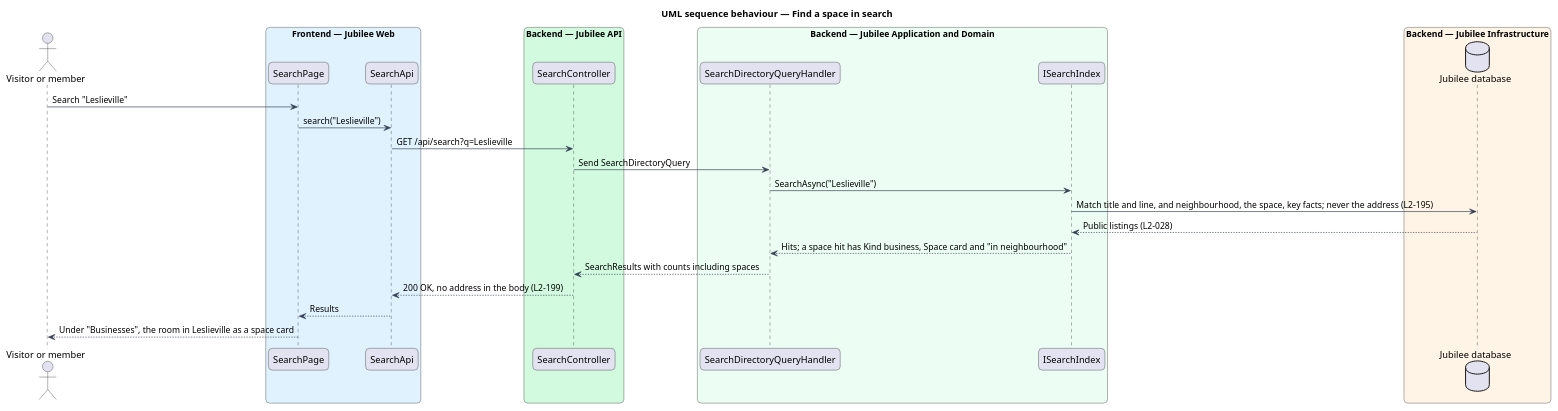
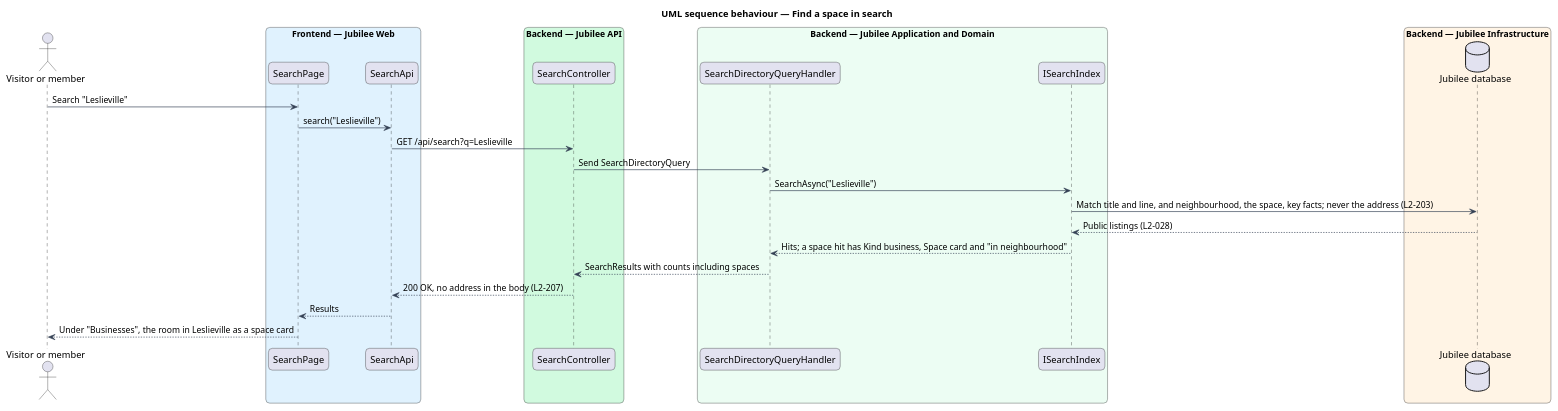
Before and after one commit to QuinntyneBrown/jubilee: the diagram in docs/detailed-designs/directory/browse-spaces/diagrams/sequence-search-space.puml, drawn with PlantUML. The commit also changed 176 other files, not shown here.

```diff
--- a/docs/detailed-designs/directory/browse-spaces/diagrams/sequence-search-space.puml
+++ b/docs/detailed-designs/directory/browse-spaces/diagrams/sequence-search-space.puml
@@ -1,44 +1,44 @@
 @startuml
 title UML sequence behaviour — Find a space in search
 skinparam backgroundColor #FFFFFF
 skinparam shadowing false
 skinparam roundcorner 12
 skinparam defaultFontName Arial
 skinparam ArrowColor #344054
 skinparam rectangle {
   BorderColor #344054
   FontColor #101828
 }
 skinparam package {
   BorderColor #667085
   FontColor #101828
   BackgroundColor #F9FAFB
 }
 actor "Visitor or member" as actor
 box "Frontend — Jubilee Web" #E0F2FE
   participant "SearchPage" as page
   participant "SearchApi" as client
 end box
 box "Backend — Jubilee API" #D1FADF
   participant "SearchController" as controller
 end box
 box "Backend — Jubilee Application and Domain" #ECFDF3
   participant "SearchDirectoryQueryHandler" as handler
   participant "ISearchIndex" as index
 end box
 box "Backend — Jubilee Infrastructure" #FFF4E5
   database "Jubilee database" as db
 end box
 actor -> page : Search "Leslieville"
 page -> client : search("Leslieville")
 client -> controller : GET /api/search?q=Leslieville
 controller -> handler : Send SearchDirectoryQuery
 handler -> index : SearchAsync("Leslieville")
-index -> db : Match title and line, and neighbourhood, the space, key facts; never the address (L2-195)
+index -> db : Match title and line, and neighbourhood, the space, key facts; never the address (L2-203)
 db --> index : Public listings (L2-028)
 index --> handler : Hits; a space hit has Kind business, Space card and "in neighbourhood"
 handler --> controller : SearchResults with counts including spaces
-controller --> client : 200 OK, no address in the body (L2-199)
+controller --> client : 200 OK, no address in the body (L2-207)
 client --> page : Results
 page --> actor : Under "Businesses", the room in Leslieville as a space card
 @enduml
```
